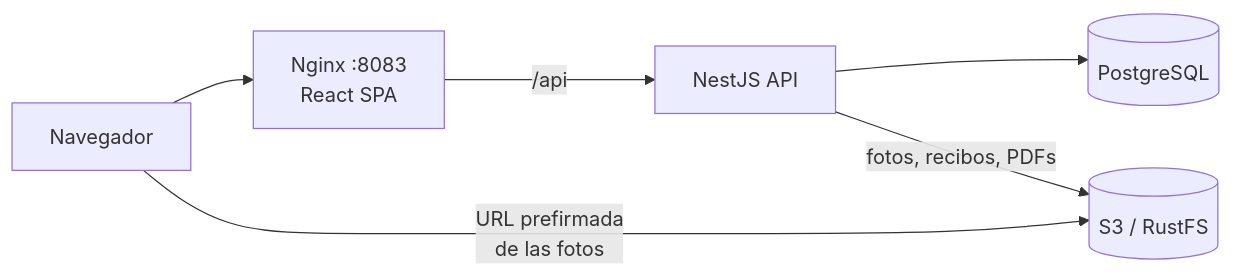
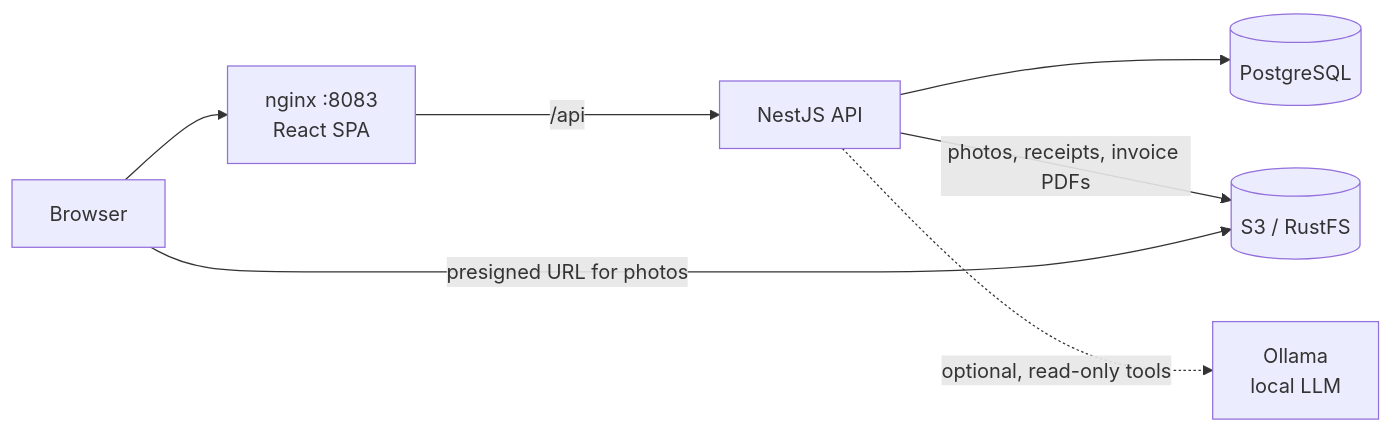
One commit to vzuliani97/yamesi changed the diagram in README.md. Above: the diagram before and after it, drawn with Mermaid. The commit also changed other lines of this file and 1 other file, not shown here.

````diff
--- a/README.md
+++ b/README.md
@@ -32,8 +33,9 @@
 ```mermaid
 flowchart LR
-  B[Navegador] --> N[Nginx :8083<br/>React SPA]
+  B[Browser] --> N[nginx :8083<br/>React SPA]
   N -->|/api| A[NestJS API]
   A --> DB[(PostgreSQL)]
-  A -->|fotos, recibos, PDFs| S[(S3 / RustFS)]
-  B -->|URL prefirmada<br/>de las fotos| S
+  A -->|photos, receipts, invoice PDFs| S[(S3 / RustFS)]
+  B -->|presigned URL for photos| S
+  A -.->|optional, read-only tools| L[Ollama<br/>local LLM]
 ```
````
